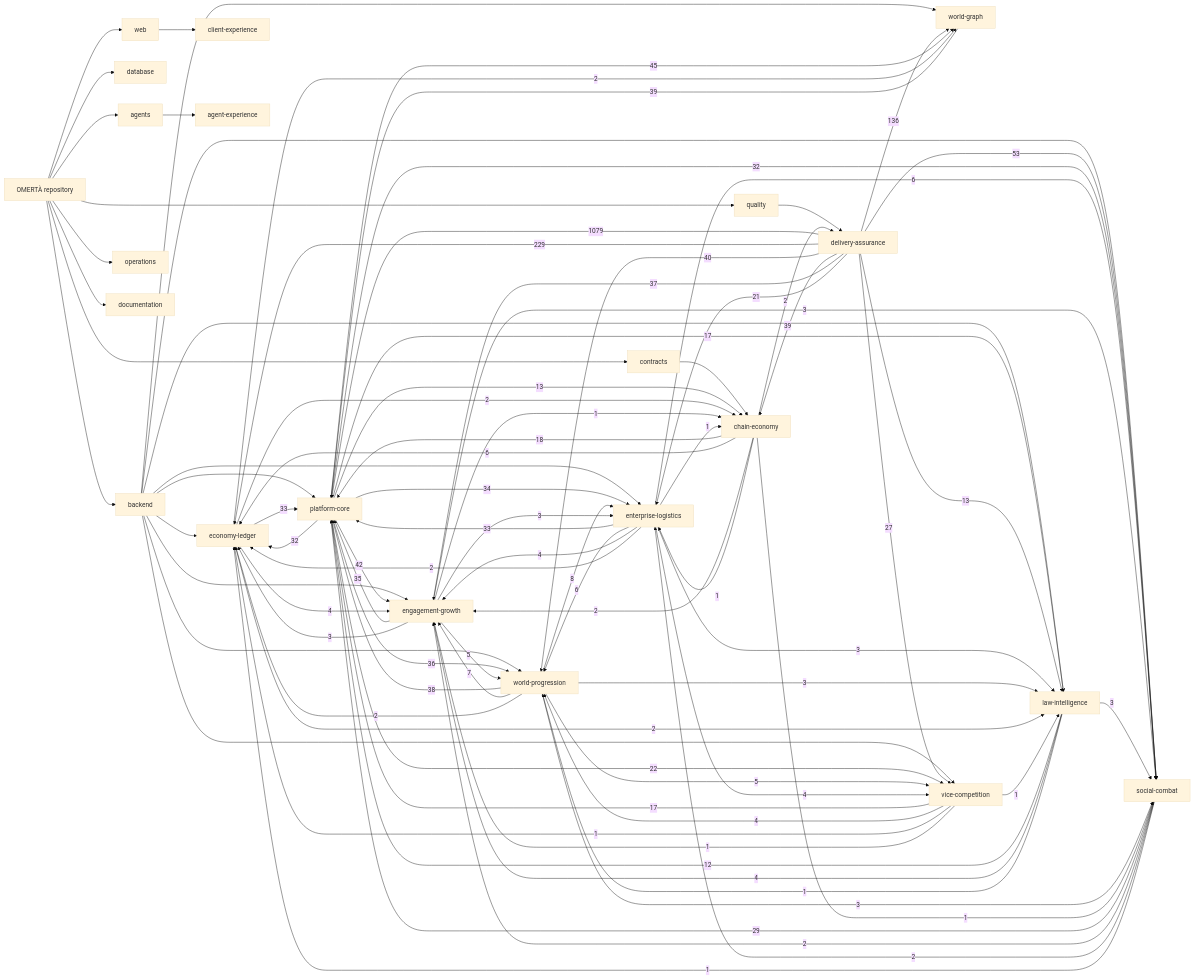
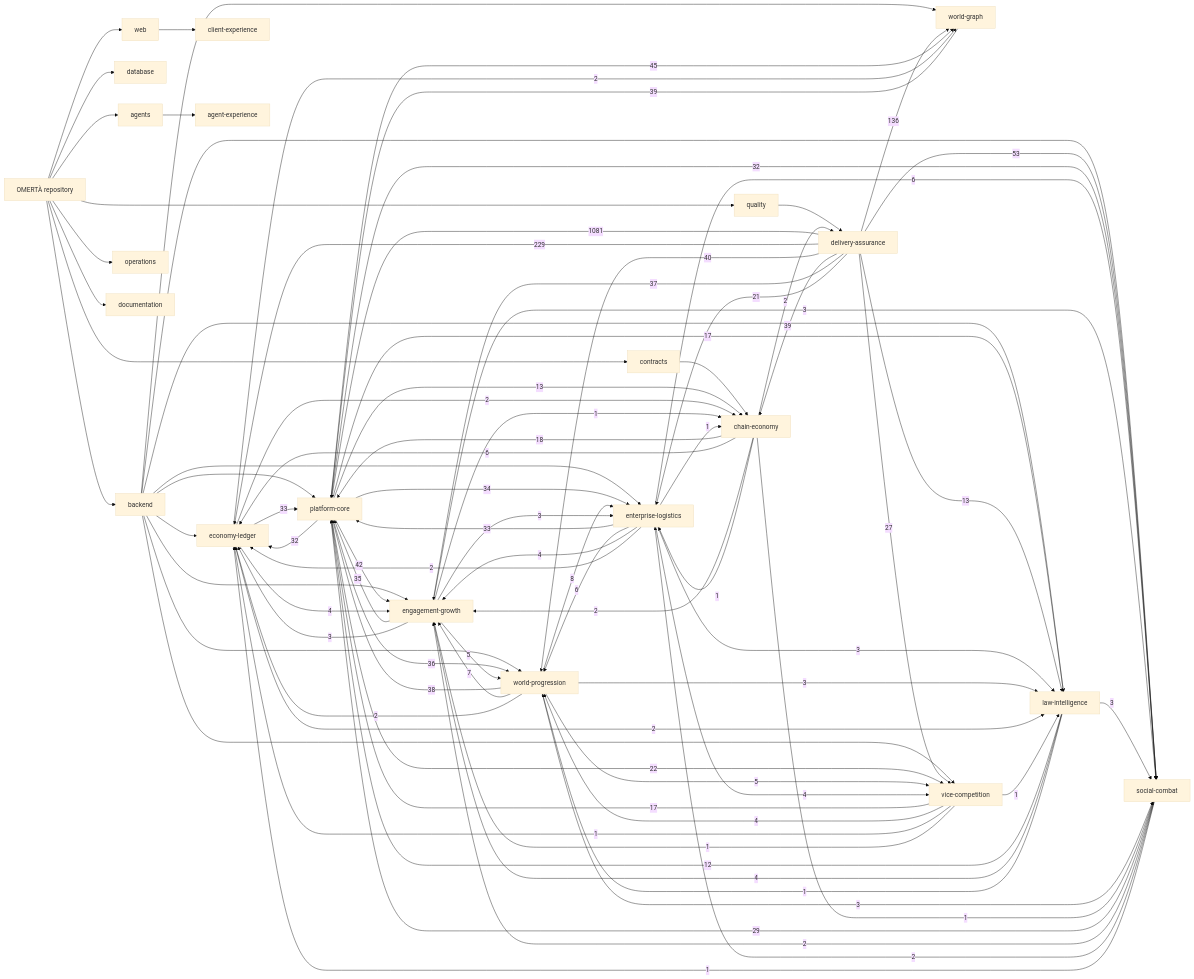
The diagram in knowledge/generated/graph.mmd (OmertaDev/Omerta), drawn with Mermaid (base theme) before and after one commit. The commit also changed 7 other files, not shown here.

```diff
--- a/knowledge/generated/graph.mmd
+++ b/knowledge/generated/graph.mmd
@@ -1,109 +1,109 @@
 flowchart LR
   repo["OMERTÀ repository"]
   sub_backend["backend"]
   repo --> sub_backend
   sub_database["database"]
   repo --> sub_database
   sub_web["web"]
   repo --> sub_web
   sub_contracts["contracts"]
   repo --> sub_contracts
   sub_agents["agents"]
   repo --> sub_agents
   sub_quality["quality"]
   repo --> sub_quality
   sub_operations["operations"]
   repo --> sub_operations
   sub_documentation["documentation"]
   repo --> sub_documentation
   dom_platform-core["platform-core"]
   dom_economy-ledger["economy-ledger"]
   dom_social-combat["social-combat"]
   dom_world-progression["world-progression"]
   dom_world-graph["world-graph"]
   dom_enterprise-logistics["enterprise-logistics"]
   dom_vice-competition["vice-competition"]
   dom_law-intelligence["law-intelligence"]
   dom_chain-economy["chain-economy"]
   dom_engagement-growth["engagement-growth"]
   dom_client-experience["client-experience"]
   dom_agent-experience["agent-experience"]
   dom_delivery-assurance["delivery-assurance"]
   sub_agents --> dom_agent-experience
   sub_backend --> dom_economy-ledger
   sub_backend --> dom_engagement-growth
   sub_backend --> dom_enterprise-logistics
   sub_backend --> dom_law-intelligence
   sub_backend --> dom_platform-core
   sub_backend --> dom_social-combat
   sub_backend --> dom_vice-competition
   sub_backend --> dom_world-graph
   sub_backend --> dom_world-progression
   sub_contracts --> dom_chain-economy
   sub_quality --> dom_delivery-assurance
   sub_web --> dom_client-experience
-  dom_delivery-assurance -->|1079| dom_platform-core
+  dom_delivery-assurance -->|1081| dom_platform-core
   dom_delivery-assurance -->|229| dom_economy-ledger
   dom_delivery-assurance -->|136| dom_world-graph
   dom_delivery-assurance -->|53| dom_social-combat
   dom_platform-core -->|45| dom_world-graph
   dom_platform-core -->|42| dom_engagement-growth
   dom_delivery-assurance -->|40| dom_world-progression
   dom_delivery-assurance -->|39| dom_chain-economy
   dom_world-graph -->|39| dom_platform-core
   dom_world-progression -->|38| dom_platform-core
   dom_delivery-assurance -->|37| dom_engagement-growth
   dom_platform-core -->|36| dom_world-progression
   dom_engagement-growth -->|35| dom_platform-core
   dom_platform-core -->|34| dom_enterprise-logistics
   dom_economy-ledger -->|33| dom_platform-core
   dom_enterprise-logistics -->|33| dom_platform-core
   dom_platform-core -->|32| dom_economy-ledger
   dom_platform-core -->|32| dom_social-combat
   dom_social-combat -->|29| dom_platform-core
   dom_delivery-assurance -->|27| dom_vice-competition
   dom_platform-core -->|22| dom_vice-competition
   dom_delivery-assurance -->|21| dom_enterprise-logistics
   dom_chain-economy -->|18| dom_platform-core
   dom_platform-core -->|17| dom_law-intelligence
   dom_vice-competition -->|17| dom_platform-core
   dom_delivery-assurance -->|13| dom_law-intelligence
   dom_platform-core -->|13| dom_chain-economy
   dom_law-intelligence -->|12| dom_platform-core
   dom_world-progression -->|8| dom_enterprise-logistics
   dom_world-progression -->|7| dom_engagement-growth
   dom_chain-economy -->|6| dom_economy-ledger
   dom_enterprise-logistics -->|6| dom_social-combat
   dom_enterprise-logistics -->|6| dom_world-progression
   dom_engagement-growth -->|5| dom_world-progression
   dom_world-progression -->|5| dom_vice-competition
   dom_economy-ledger -->|4| dom_engagement-growth
   dom_enterprise-logistics -->|4| dom_engagement-growth
   dom_enterprise-logistics -->|4| dom_vice-competition
   dom_law-intelligence -->|4| dom_engagement-growth
   dom_vice-competition -->|4| dom_world-progression
   dom_engagement-growth -->|3| dom_economy-ledger
   dom_engagement-growth -->|3| dom_enterprise-logistics
   dom_engagement-growth -->|3| dom_social-combat
   dom_enterprise-logistics -->|3| dom_law-intelligence
   dom_law-intelligence -->|3| dom_social-combat
   dom_world-progression -->|3| dom_law-intelligence
   dom_world-progression -->|3| dom_social-combat
   dom_chain-economy -->|2| dom_delivery-assurance
   dom_chain-economy -->|2| dom_engagement-growth
   dom_economy-ledger -->|2| dom_chain-economy
   dom_economy-ledger -->|2| dom_law-intelligence
   dom_economy-ledger -->|2| dom_world-graph
   dom_enterprise-logistics -->|2| dom_economy-ledger
   dom_social-combat -->|2| dom_engagement-growth
   dom_social-combat -->|2| dom_enterprise-logistics
   dom_world-progression -->|2| dom_economy-ledger
   dom_chain-economy -->|1| dom_enterprise-logistics
   dom_chain-economy -->|1| dom_social-combat
   dom_engagement-growth -->|1| dom_chain-economy
   dom_enterprise-logistics -->|1| dom_chain-economy
   dom_law-intelligence -->|1| dom_world-progression
   dom_social-combat -->|1| dom_economy-ledger
   dom_vice-competition -->|1| dom_economy-ledger
   dom_vice-competition -->|1| dom_engagement-growth
   dom_vice-competition -->|1| dom_law-intelligence
```
